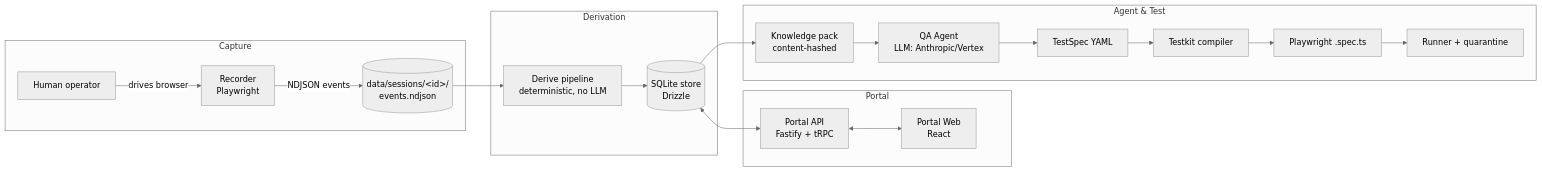
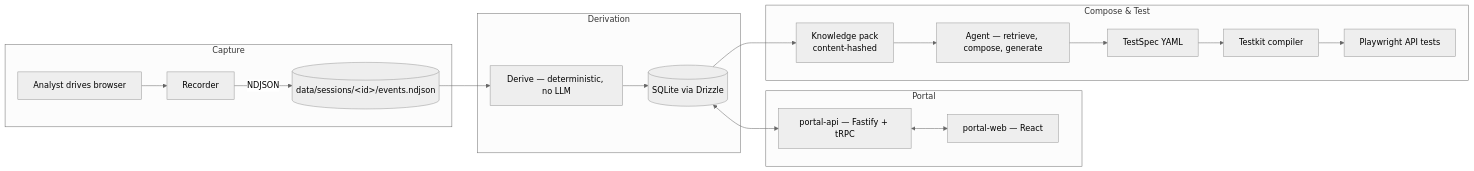
The diagram in docs/ARCHITECTURE.md (devsmset/backbencher), drawn with Mermaid (neutral theme) before and after one commit. The commit also changed other lines of this file and 16 other files, not shown here.

First line of the commit message:
docs: consolidate into CONTEXT.md, single ARCHITECTURE.md, and ADRs

````diff
--- a/docs/ARCHITECTURE.md
+++ b/docs/ARCHITECTURE.md
@@ -18,23 +15,22 @@
 ```mermaid
 flowchart LR
     subgraph Capture
-      A[Human operator] -->|drives browser| B[Recorder<br/>Playwright]
-      B -->|NDJSON events| C[(data/sessions/&lt;id&gt;/<br/>events.ndjson)]
+      A[Analyst drives browser] --> B[Recorder]
+      B -->|NDJSON| C[(data/sessions/&lt;id&gt;/events.ndjson)]
     end
     subgraph Derivation
-      C --> D[Derive pipeline<br/>deterministic, no LLM]
-      D --> E[(SQLite store<br/>Drizzle)]
+      C --> D[Derive — deterministic, no LLM]
+      D --> E[(SQLite via Drizzle)]
     end
     subgraph Portal
-      E <--> F[Portal API<br/>Fastify + tRPC]
-      F <--> G[Portal Web<br/>React]
+      E <--> F[portal-api — Fastify + tRPC]
+      F <--> G[portal-web — React]
     end
-    subgraph Agent & Test
+    subgraph Compose & Test
       E --> H[Knowledge pack<br/>content-hashed]
-      H --> I[QA Agent<br/>LLM: Anthropic/Vertex]
+      H --> I[Agent — retrieve, compose, generate]
       I --> J[TestSpec YAML]
       J --> K[Testkit compiler]
-      K --> L[Playwright .spec.ts]
-      L --> M[Runner + quarantine]
+      K --> L[Playwright API tests]
     end
 ```
````
